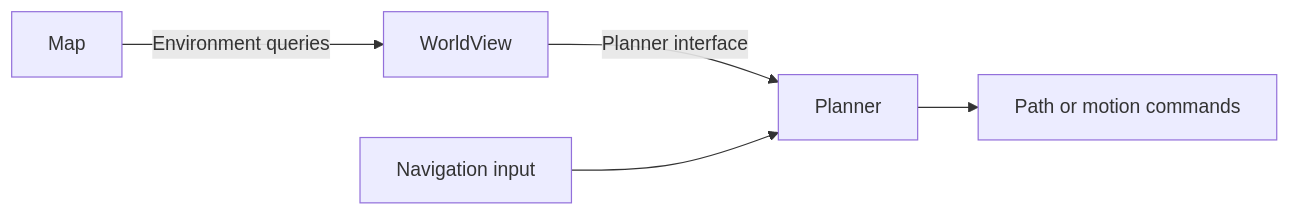
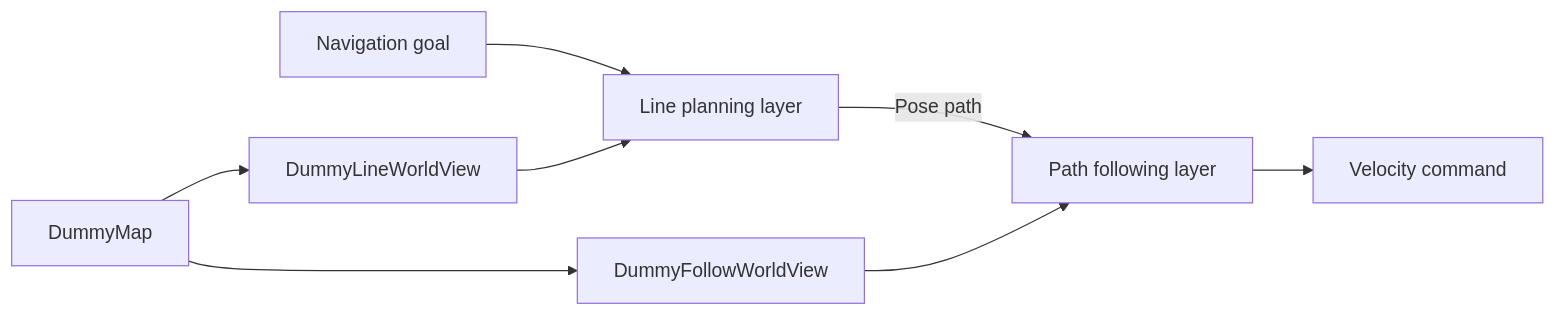
Before and after one commit to FineNav/FineNav-Engine: the diagram in docs/index.md, drawn with Mermaid. The commit also changed other lines of this file and 53 other files, not shown here.

````diff
--- a/docs/index.md
+++ b/docs/index.md
@@ -19,7 +30,10 @@
 ```mermaid
 flowchart LR
-    M[Map] -->|Environment queries| W[WorldView]
-    W -->|Planner interface| P[Planner]
-    G[Navigation input] --> P
-    P --> O[Path or motion commands]
+    G[Navigation goal] --> L[Line planning layer]
+    L -->|Pose path| F[Path following layer]
+    F --> V[Velocity command]
+    M[DummyMap] --> W1[DummyLineWorldView]
+    M --> W2[DummyFollowWorldView]
+    W1 --> L
+    W2 --> F
 ```
````
